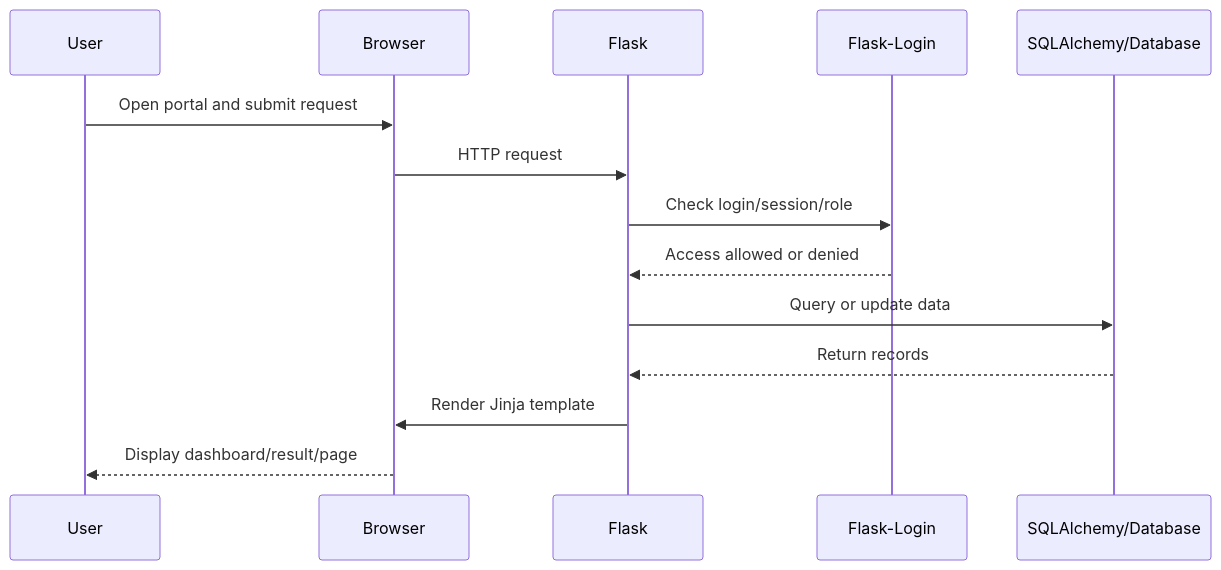
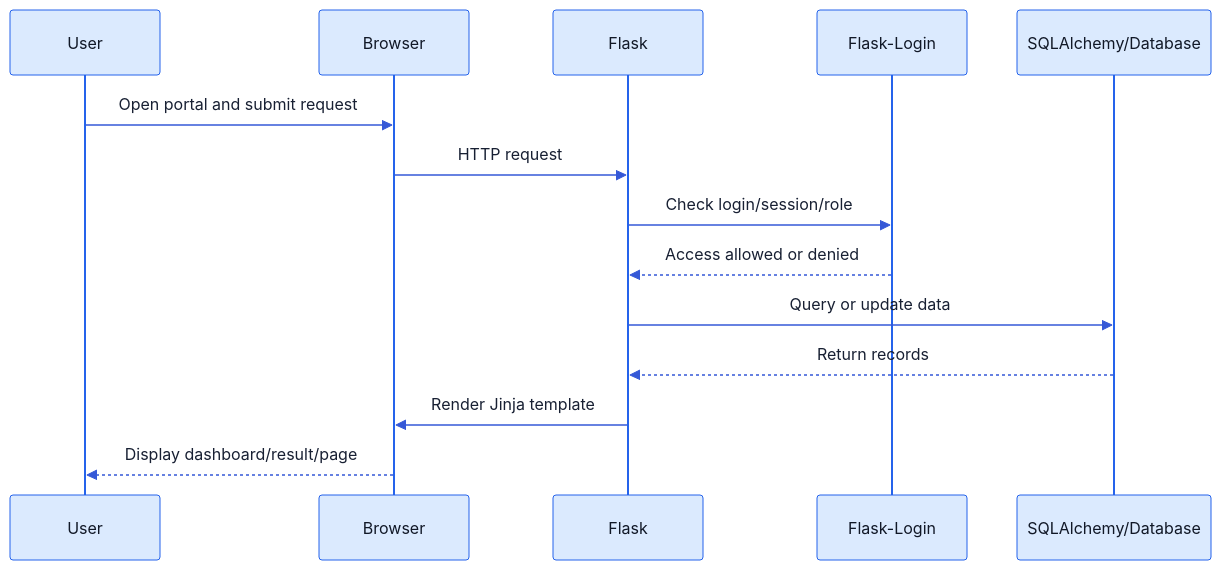
One commit to aniket-nihal/MCA-Result-Portal changed the second of 7 diagrams in README.md. Above: the diagram before and after it, drawn with Mermaid. The commit also changed other lines of this file, not shown here.

````diff
--- a/README.md
+++ b/README.md
@@ -74,17 +102,18 @@
 ```mermaid
+%%{init: {'theme': 'base', 'themeVariables': { 'actorBkg': '#dbeafe', 'actorBorder': '#2563eb', 'actorTextColor': '#111827', 'signalColor': '#3558d7', 'signalTextColor': '#182033', 'activationBkgColor': '#eef4ff', 'activationBorderColor': '#7c3aed', 'fontFamily': 'Arial' }}}%%
 sequenceDiagram
     participant User
     participant Browser
     participant Flask
     participant Auth as Flask-Login
     participant DB as SQLAlchemy/Database
 
     User->>Browser: Open portal and submit request
     Browser->>Flask: HTTP request
     Flask->>Auth: Check login/session/role
     Auth-->>Flask: Access allowed or denied
     Flask->>DB: Query or update data
     DB-->>Flask: Return records
     Flask->>Browser: Render Jinja template
     Browser-->>User: Display dashboard/result/page
 ```
````
